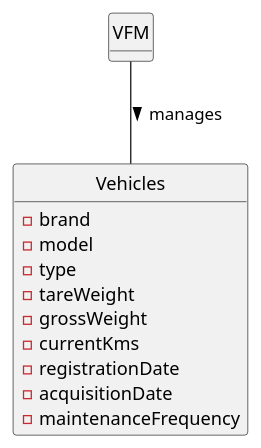
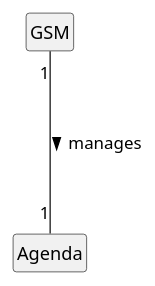
The diagram in docs/sprintC/us0024/02.analysis/puml/us24-domain-model.puml (Mendoncaa/LAPR2), drawn with PlantUML before and after one commit. The commit also changed 15 other files, not shown here.

Commit message:
UPDATED US0024 - DIAGRAMA DE MODELO E SSD

```diff
--- a/docs/sprintC/us0024/02.analysis/puml/us24-domain-model.puml
+++ b/docs/sprintC/us0024/02.analysis/puml/us24-domain-model.puml
@@ -1,23 +1,23 @@
 @startuml
 
 hide methods
 hide circle
+hide empty attributes
+skinparam linetype polyline
 
-class VFM {
+
+
+
+class GSM {
 }
 
-class Vehicles {
-  - brand
-  - model
-  - type
-  - tareWeight
-  - grossWeight
-  - currentKms
-  - registrationDate
-  - acquisitionDate
-  - maintenanceFrequency
+
+class Agenda {
+
 }
 
-VFM -- Vehicles : manages >
+
+GSM "1"---"1" Agenda : manages >
+
 
 @enduml
```
